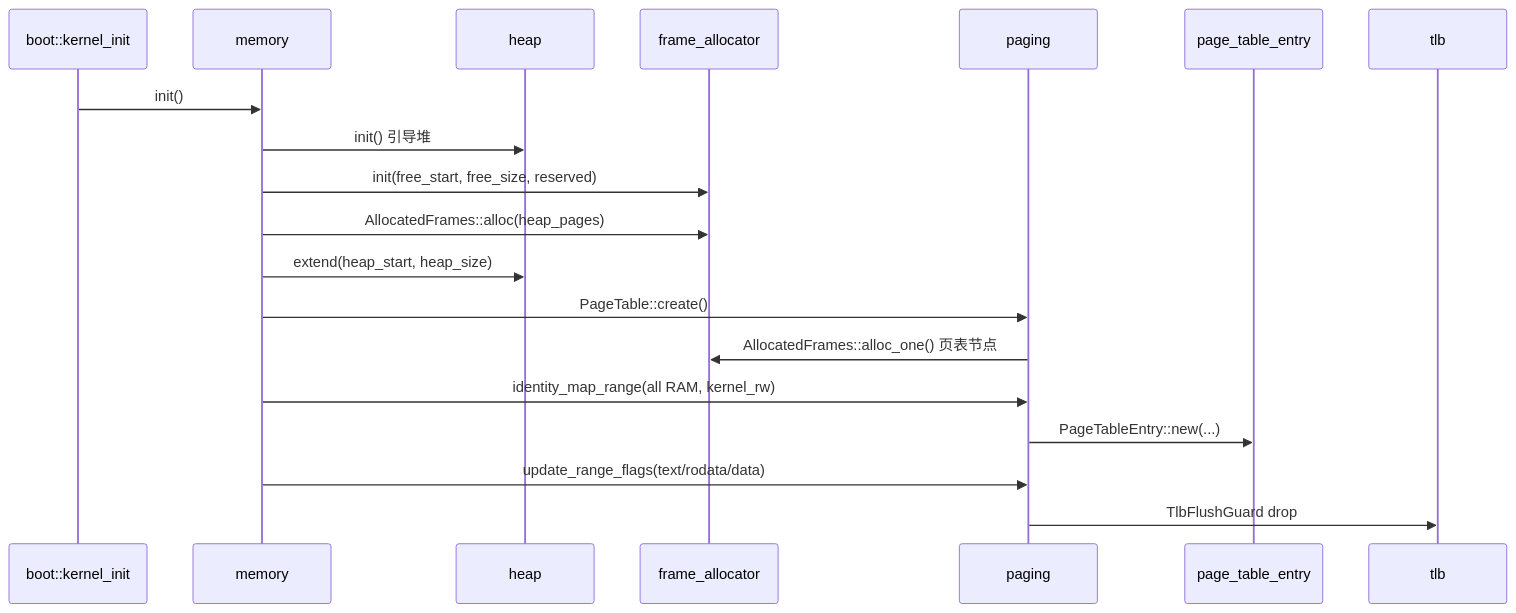
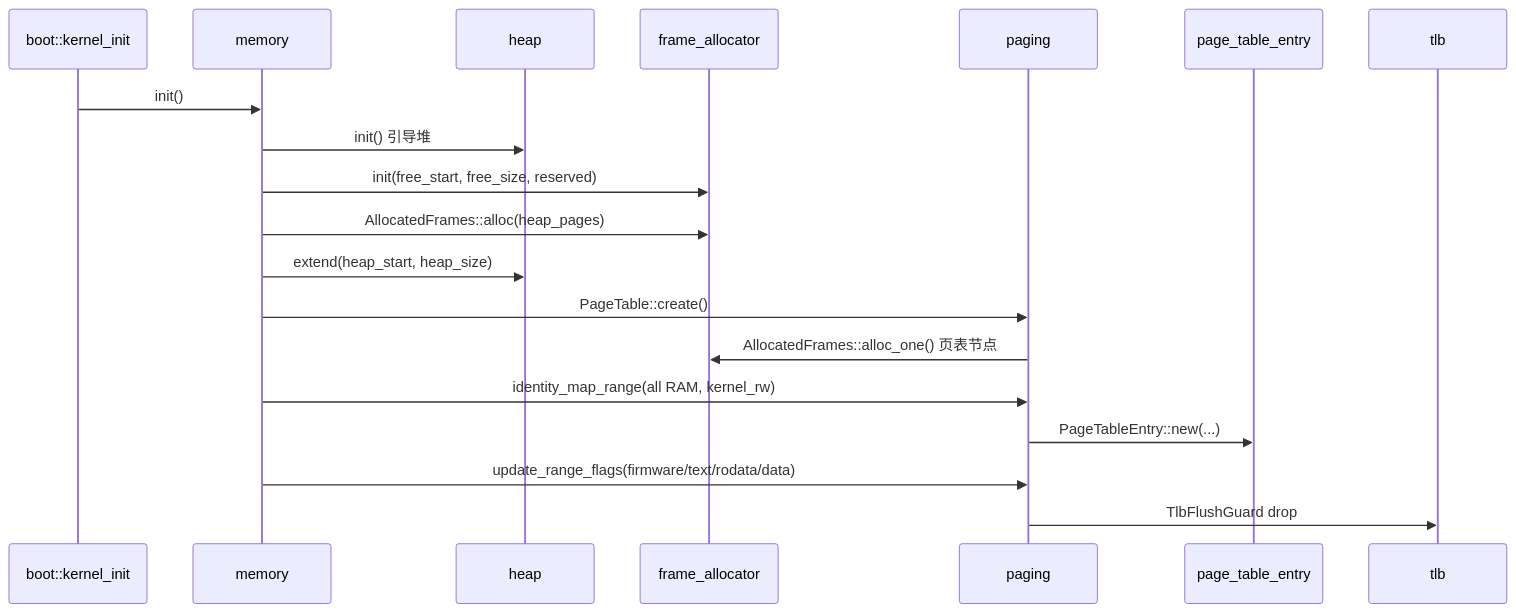
One commit to MRNIU/SimpleKernel changed the second of 4 diagrams in crates/AGENTS.md. Above: the diagram before and after it, drawn with Mermaid. The commit also changed 28 other files, not shown here.

````diff
--- a/crates/AGENTS.md
+++ b/crates/AGENTS.md
@@ -87,22 +87,22 @@
 ```mermaid
 sequenceDiagram
   participant Boot as boot::kernel_init
   participant Memory as memory
   participant Heap as heap
   participant Frame as frame_allocator
   participant Paging as paging
   participant PTE as page_table_entry
   participant TLB as tlb
 
   Boot->>Memory: init()
   Memory->>Heap: init() 引导堆
   Memory->>Frame: init(free_start, free_size, reserved)
   Memory->>Frame: AllocatedFrames::alloc(heap_pages)
   Memory->>Heap: extend(heap_start, heap_size)
   Memory->>Paging: PageTable::create()
   Paging->>Frame: AllocatedFrames::alloc_one() 页表节点
   Memory->>Paging: identity_map_range(all RAM, kernel_rw)
   Paging->>PTE: PageTableEntry::new(...)
-  Memory->>Paging: update_range_flags(text/rodata/data)
+  Memory->>Paging: update_range_flags(firmware/text/rodata/data)
   Paging->>TLB: TlbFlushGuard drop
 ```
````
